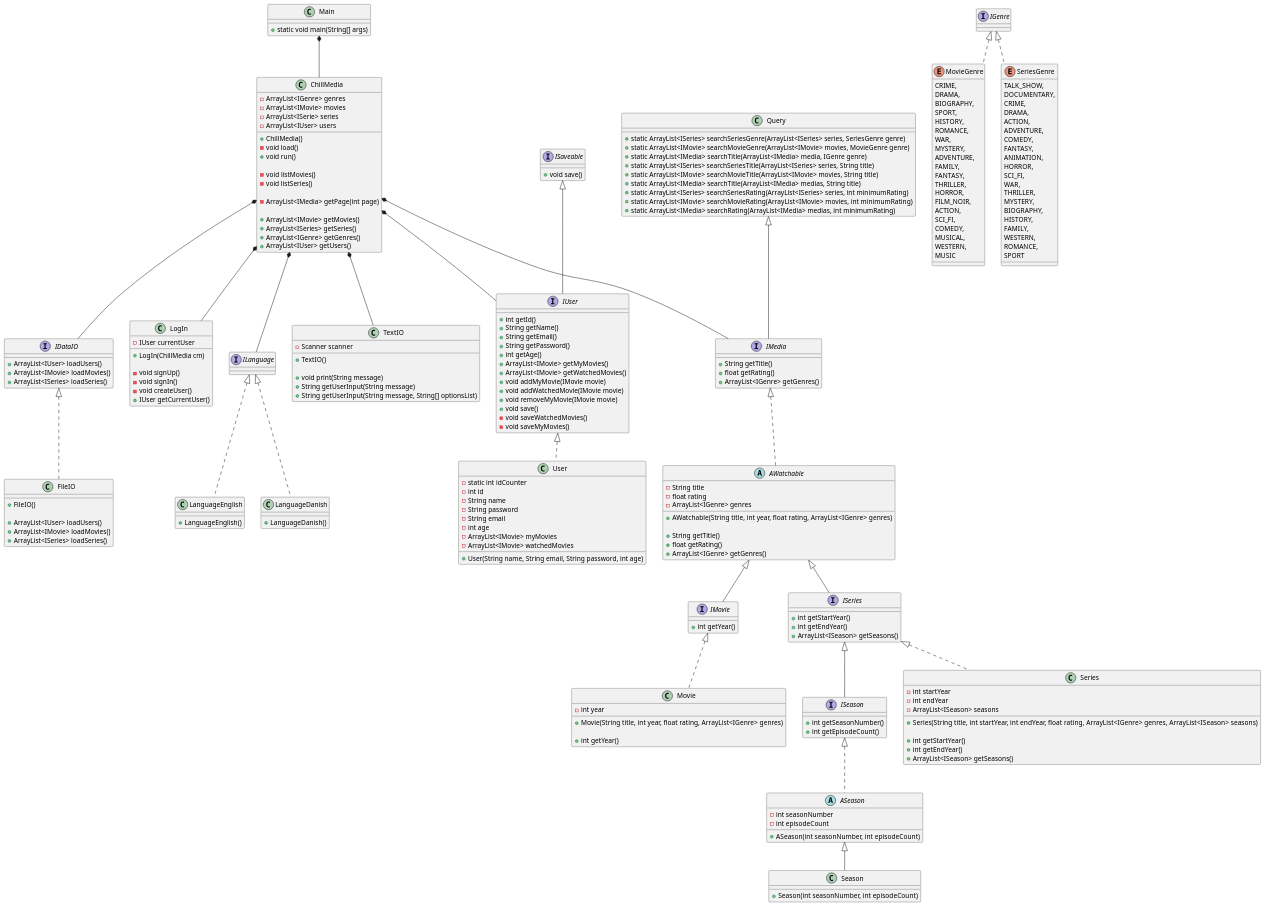
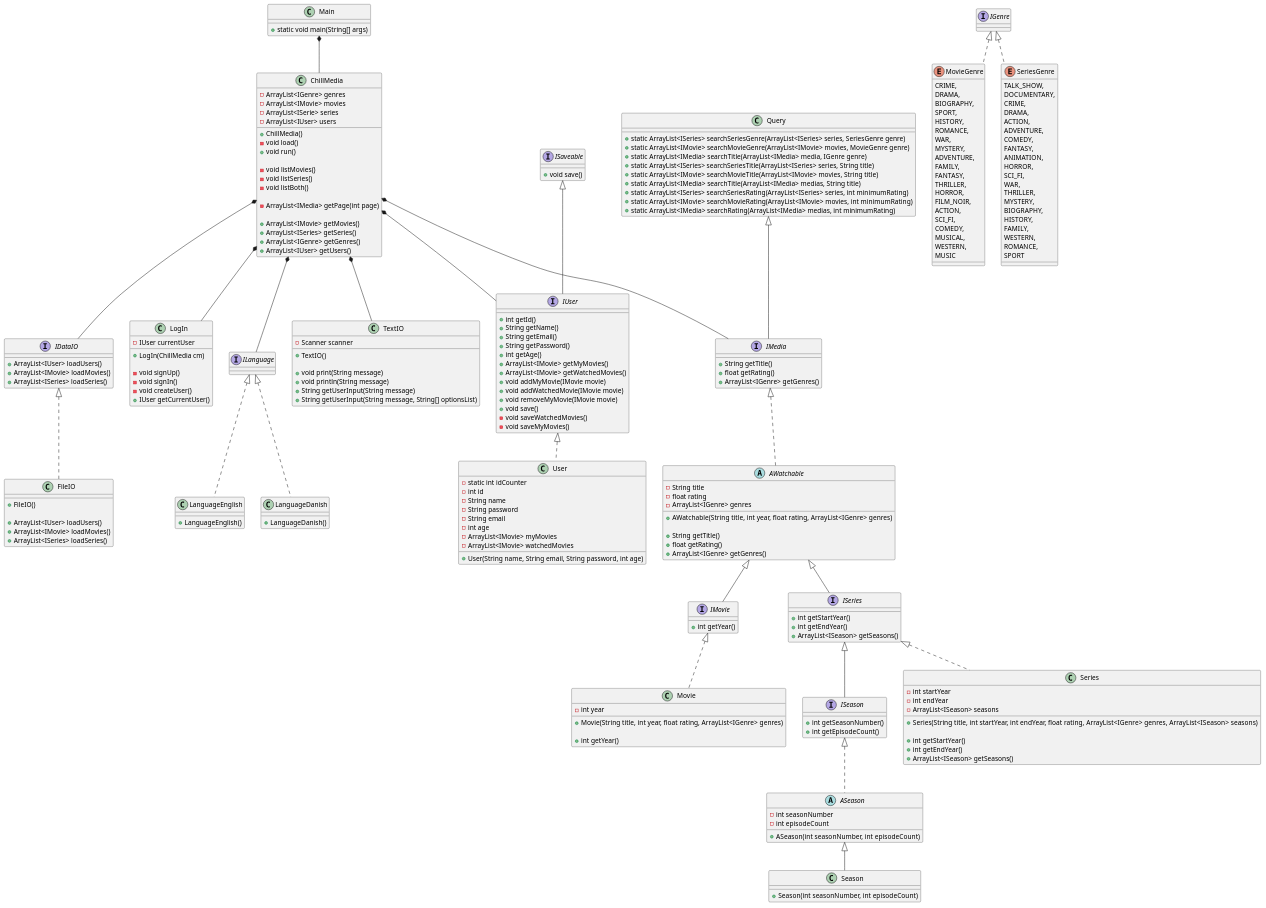
The diagram in Documentation/Streamingtjeneste.puml (Peter537/Dat1-SP3), drawn with PlantUML before and after one commit.

```diff
--- a/Documentation/Streamingtjeneste.puml
+++ b/Documentation/Streamingtjeneste.puml
@@ -21,6 +21,7 @@
 
     - void listMovies()
     - void listSeries()
+    - void listBoth()
 
     - ArrayList<IMedia> getPage(int page)
 
@@ -61,6 +62,7 @@
     + TextIO()
 
     + void print(String message)
+    + void println(String message)
     + String getUserInput(String message)
     + String getUserInput(String message, String[] optionsList)
 }
```
